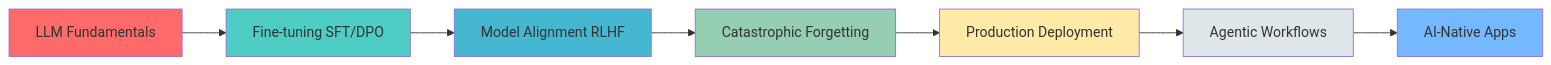
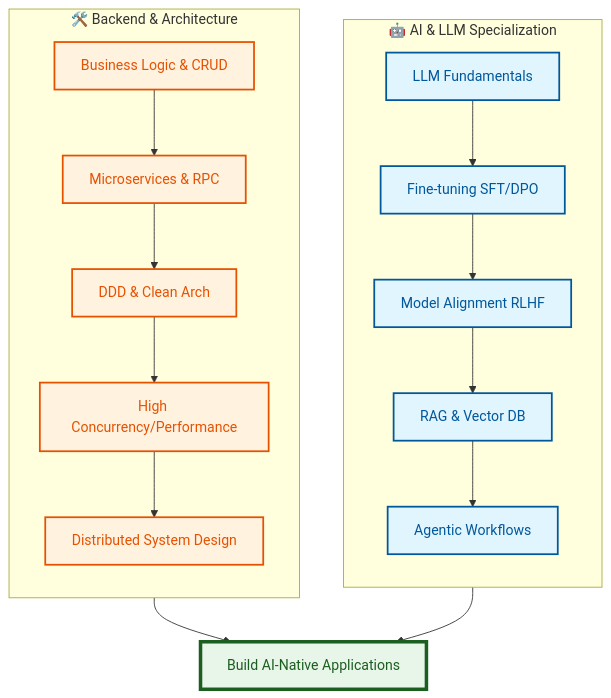
The diagram in README.md (RobotChen21/RobotChen21), drawn with Mermaid before and after one commit.

Commit message:
feat:丰富了Current Learning Path模块
Updated the learning path diagram to include new topics and styles.

````diff
--- a/README.md
+++ b/README.md
@@ -152,17 +152,27 @@
 ```mermaid
-graph LR
-    A[LLM Fundamentals] --> B[Fine-tuning SFT/DPO]
-    B --> C[Model Alignment RLHF]
-    C --> D[Catastrophic Forgetting]
-    D --> E[Production Deployment]
-    E --> F[Agentic Workflows]
-    F --> G[AI-Native Apps]
-    
-    style A fill:#ff6b6b
-    style B fill:#4ecdc4
-    style C fill:#45b7d1
-    style D fill:#96ceb4
-    style E fill:#ffeaa7
-    style F fill:#dfe6e9
-    style G fill:#74b9ff
+graph TD
+    %% 定义样式类
+    classDef ai fill:#e1f5fe,stroke:#01579b,stroke-width:2px,color:#01579b;
+    classDef be fill:#fff3e0,stroke:#e65100,stroke-width:2px,color:#e65100;
+    classDef goal fill:#e8f5e9,stroke:#1b5e20,stroke-width:4px,color:#1b5e20;
+
+    subgraph LLM_Path [🤖 AI & LLM Specialization]
+        direction TB
+        A[LLM Fundamentals]:::ai --> B[Fine-tuning SFT/DPO]:::ai
+        B --> C[Model Alignment RLHF]:::ai
+        C --> D[RAG & Vector DB]:::ai
+        D --> E[Agentic Workflows]:::ai
+    end
+
+    subgraph Backend_Path [🛠️ Backend & Architecture]
+        direction TB
+        F[Business Logic & CRUD]:::be --> G[Microservices & RPC]:::be
+        G --> H[DDD & Clean Arch]:::be
+        H --> I[High Concurrency/Performance]:::be
+        I --> J[Distributed System Design]:::be
+    end
+
+    %% 两条路最终汇聚的目标
+    E --> K[Build AI-Native Applications]:::goal
+    J --> K
 ```
````
